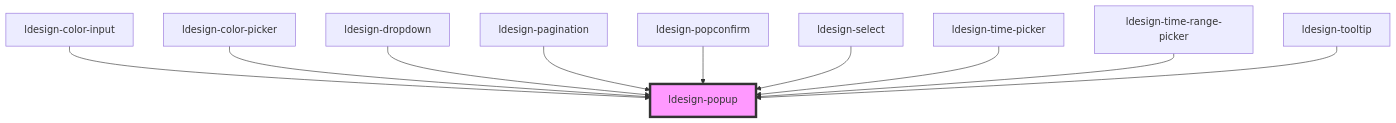
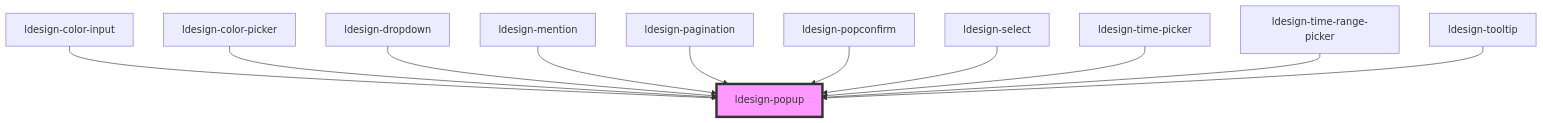
Before and after one commit to poly1603/ldesign: the diagram in packages/webcomponent/src/components/popup/readme.md, drawn with Mermaid. The commit also changed other lines of this file and 75 other files, not shown here.

````diff
--- a/packages/webcomponent/src/components/popup/readme.md
+++ b/packages/webcomponent/src/components/popup/readme.md
@@ -108,13 +109,14 @@
 ```mermaid
 graph TD;
   ldesign-color-input --> ldesign-popup
   ldesign-color-picker --> ldesign-popup
   ldesign-dropdown --> ldesign-popup
+  ldesign-mention --> ldesign-popup
   ldesign-pagination --> ldesign-popup
   ldesign-popconfirm --> ldesign-popup
   ldesign-select --> ldesign-popup
   ldesign-time-picker --> ldesign-popup
   ldesign-time-range-picker --> ldesign-popup
   ldesign-tooltip --> ldesign-popup
   style ldesign-popup fill:#f9f,stroke:#333,stroke-width:4px
 ```
````
